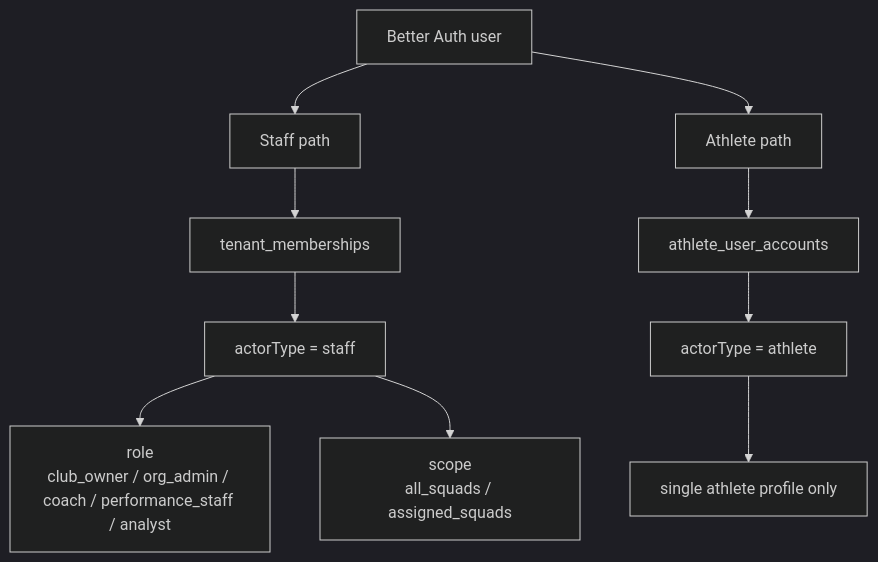
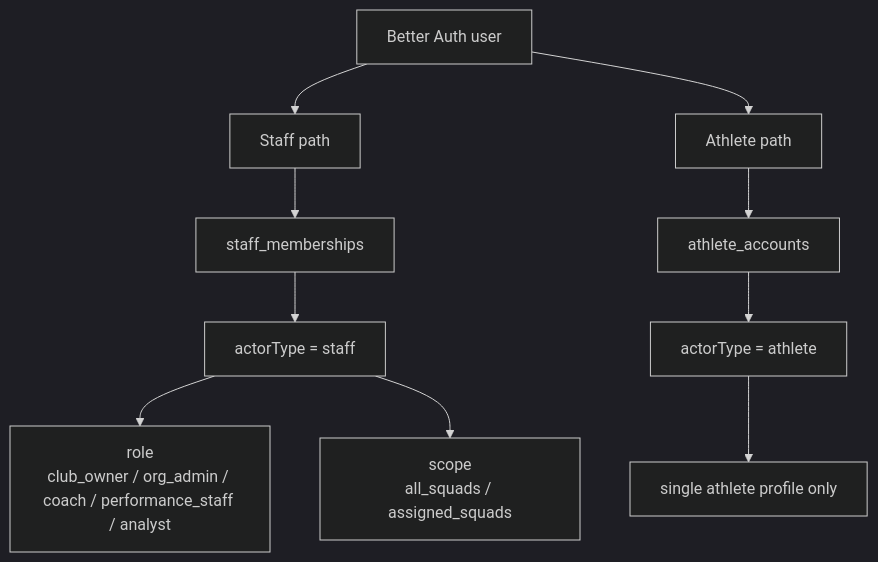
The second of 13 diagrams in docs/SYSTEM_DIAGRAMS.md (eademi/pulsi), drawn with Mermaid (dark theme) before and after one commit. The commit also changed other lines of this file and 21 other files, not shown here.

````diff
--- a/docs/SYSTEM_DIAGRAMS.md
+++ b/docs/SYSTEM_DIAGRAMS.md
@@ -32,16 +32,16 @@
 ```mermaid
 flowchart TD
   User["Better Auth user"]
 
   User --> StaffPath["Staff path"]
   User --> AthletePath["Athlete path"]
 
-  StaffPath --> Membership["tenant_memberships"]
+  StaffPath --> Membership["staff_memberships"]
   Membership --> StaffActor["actorType = staff"]
   StaffActor --> Role["role<br/>club_owner / org_admin / coach / performance_staff / analyst"]
   StaffActor --> Scope["scope<br/>all_squads / assigned_squads"]
 
-  AthletePath --> AthleteLink["athlete_user_accounts"]
+  AthletePath --> AthleteLink["athlete_accounts"]
   AthleteLink --> AthleteActor["actorType = athlete"]
   AthleteActor --> AthleteProfile["single athlete profile only"]
 ```
````
